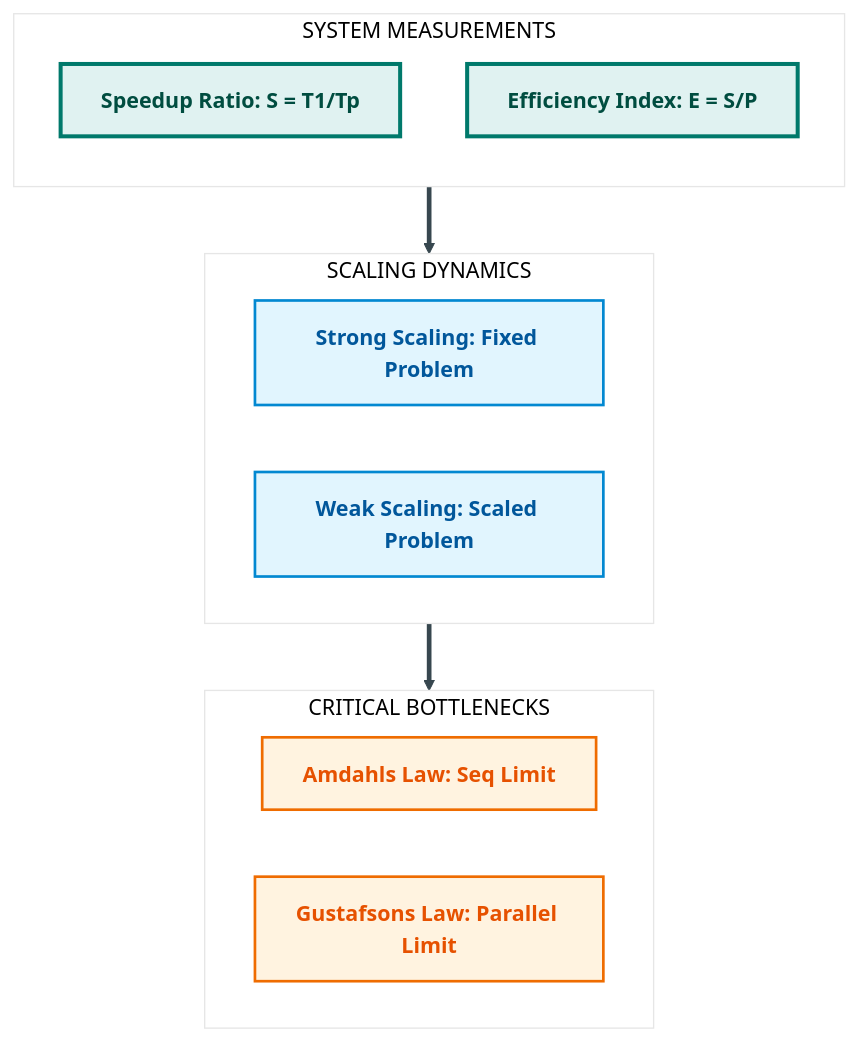
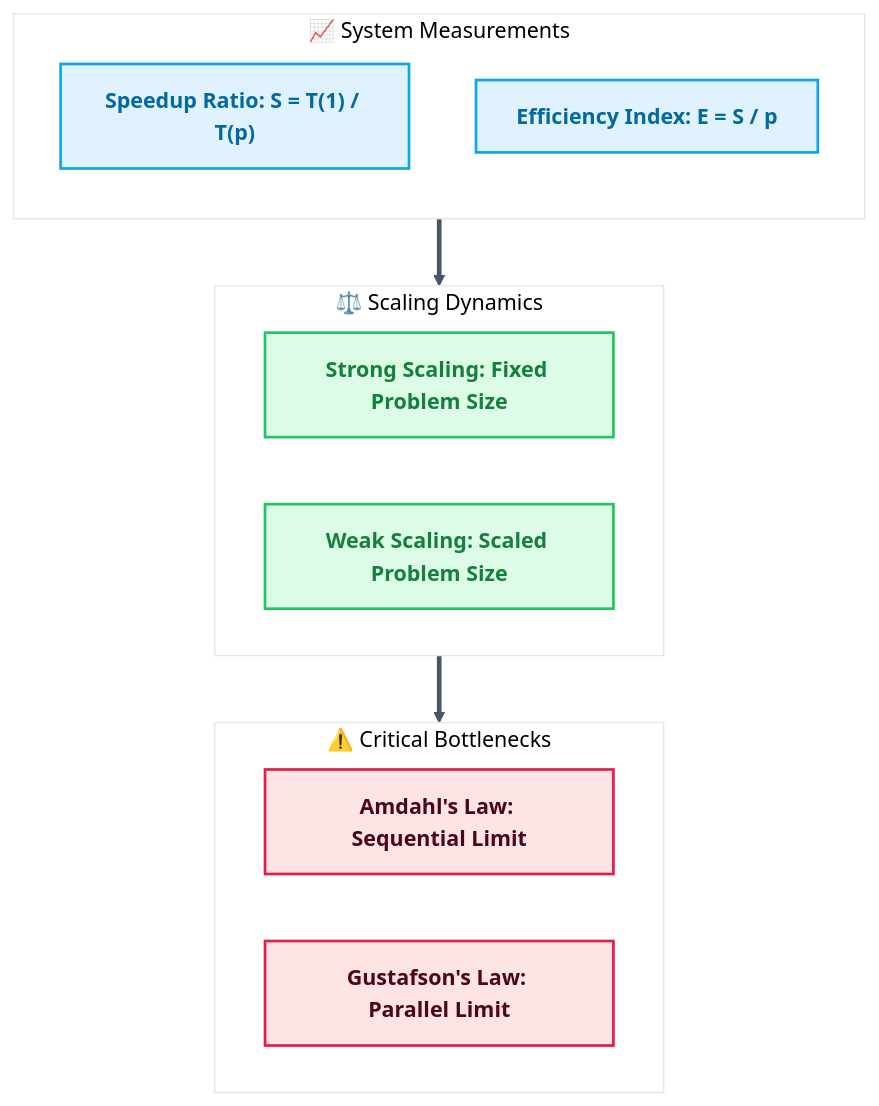
Before and after one commit to RameenAnwar/PDC-SP26-SE: the sixth of 8 diagrams in SyedMuhammadHuzaifaAshrafi-(23FA-035-SE)/Chapter01/README.md, drawn with Mermaid. The commit also changed other lines of this file and 5 other files, not shown here.

````diff
--- a/SyedMuhammadHuzaifaAshrafi-(23FA-035-SE)/Chapter01/README.md
+++ b/SyedMuhammadHuzaifaAshrafi-(23FA-035-SE)/Chapter01/README.md
@@ -334,32 +339,32 @@
 ```mermaid
-%%{init: {'theme': 'base', 'themeVariables': { 'lineColor': '#37474F', 'primaryColor': '#F5F5F5' }}}%%
+%%{init: {'theme': 'base', 'themeVariables': { 'lineColor': '#475569', 'primaryColor': '#f8fafc', 'primaryTextColor': '#0f172a', 'primaryBorderColor': '#cbd5e1' }}}%%
 flowchart TD
-    %% Pro Max Performance Metrics visualization
-    classDef target fill:#E0F2F1,stroke:#00796B,stroke-width:3px,color:#004D40,font-weight:bold
-    classDef kpi fill:#E1F5FE,stroke:#0288D1,stroke-width:2px,color:#01579B,font-weight:bold
-    classDef warning fill:#FFF3E0,stroke:#EF6C00,stroke-width:2px,color:#E65100,font-weight:bold
+    %% Premium Performance Metrics
+    classDef measure fill:#e0f2fe,stroke:#0ea5e9,stroke-width:2px,color:#0369a1,font-weight:bold
+    classDef scaling fill:#dcfce7,stroke:#22c55e,stroke-width:2px,color:#15803d,font-weight:bold
+    classDef bottleneck fill:#ffe4e6,stroke:#e11d48,stroke-width:2px,color:#4c0519,font-weight:bold
 
-    subgraph EVAL_KPI [SYSTEM MEASUREMENTS]
+    subgraph EVAL_KPI ["📈 System Measurements"]
         direction TB
-        S_RATIO[Speedup Ratio: S = T1/Tp]
-        E_RATIO[Efficiency Index: E = S/P]
+        S_RATIO["Speedup Ratio: S = T(1) / T(p)"]
+        E_RATIO["Efficiency Index: E = S / p"]
     end
 
-    subgraph SCALE_PATH [SCALING DYNAMICS]
+    subgraph SCALE_PATH ["⚖️ Scaling Dynamics"]
         direction LR
-        STRONG[Strong Scaling: Fixed Problem]
-        WEAK[Weak Scaling: Scaled Problem]
+        STRONG["Strong Scaling: Fixed Problem Size"]
+        WEAK["Weak Scaling: Scaled Problem Size"]
     end
 
-    subgraph LIMITS [CRITICAL BOTTLENECKS]
-        AMDAHL[Amdahls Law: Seq Limit]
-        GUSTAFSON[Gustafsons Law: Parallel Limit]
+    subgraph LIMITS ["⚠️ Critical Bottlenecks"]
+        AMDAHL["Amdahl's Law: Sequential Limit"]
+        GUSTAFSON["Gustafson's Law: Parallel Limit"]
     end
 
     EVAL_KPI ==> SCALE_PATH
     SCALE_PATH ==> LIMITS
 
-    class S_RATIO,E_RATIO target
-    class STRONG,WEAK kpi
-    class AMDAHL,GUSTAFSON warning
+    class S_RATIO,E_RATIO measure
+    class STRONG,WEAK scaling
+    class AMDAHL,GUSTAFSON bottleneck
 ```
````
